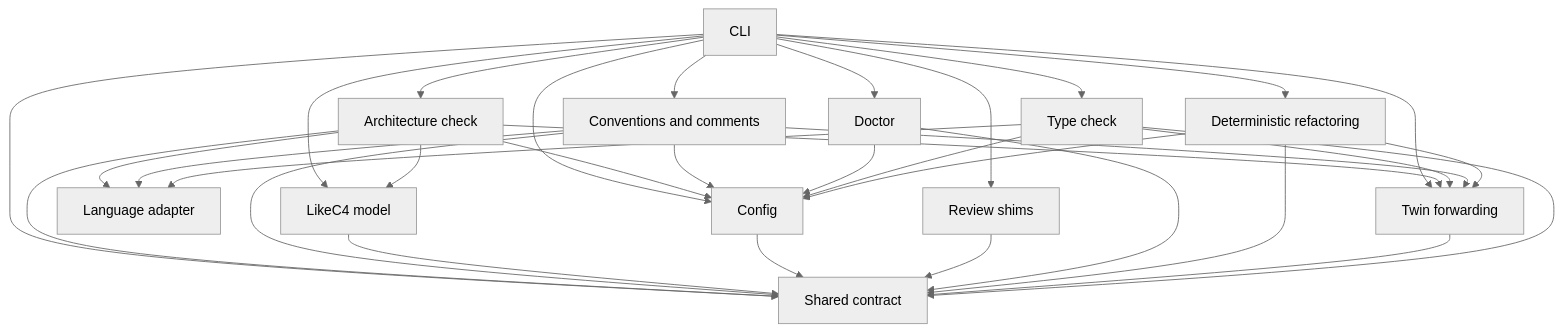
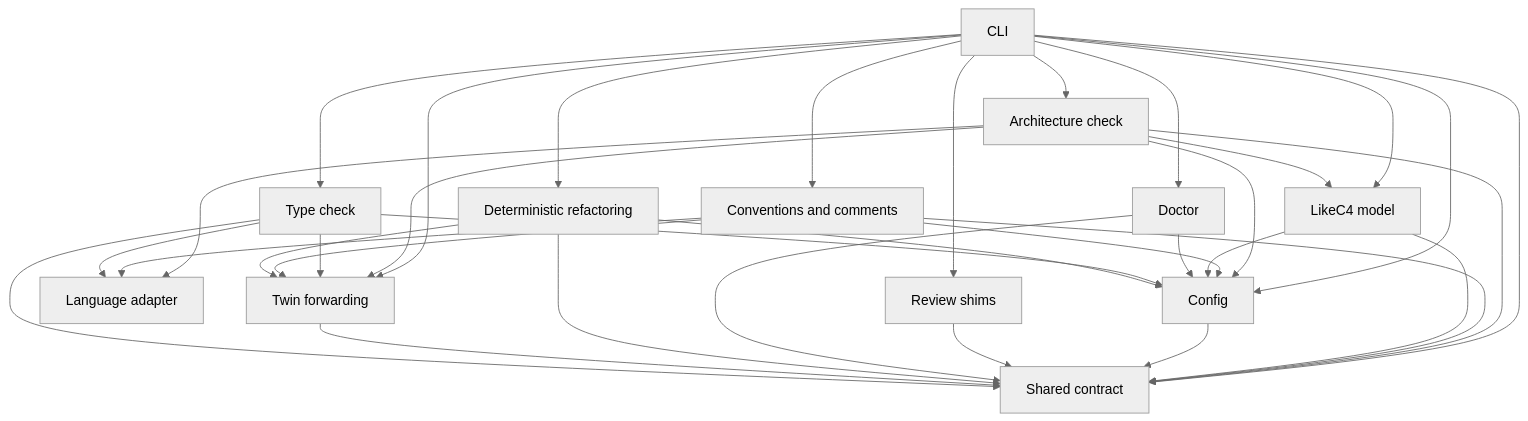
The first of 2 diagrams in architecture/system.arc42.md (MotleyAI/living-architecture), drawn with Mermaid (neutral theme) before and after one commit. The commit also changed other lines of this file and 54 other files, not shown here.

````diff
--- a/architecture/system.arc42.md
+++ b/architecture/system.arc42.md
@@ -13,48 +13,49 @@
 ```mermaid
 flowchart TD
   %% system: Living-architecture commands
   contract["Shared contract"]
   config["Config"]
   cli["CLI"]
   c4["LikeC4 model"]
   archcheck["Architecture check"]
   lang["Language adapter"]
   conventions["Conventions and comments"]
   review["Review shims"]
   doctor["Doctor"]
   refactor["Deterministic refactoring"]
   twin["Twin forwarding"]
   typecheck["Type check"]
   cli --> contract
   cli --> config
   cli --> archcheck
   cli --> c4
   cli --> conventions
   cli --> review
   cli --> doctor
   cli --> refactor
   archcheck --> c4
   archcheck --> lang
   archcheck --> config
   archcheck --> contract
   conventions --> lang
   conventions --> config
   conventions --> contract
   c4 --> contract
+  c4 --> config
   config --> contract
   review --> contract
   doctor --> config
   doctor --> contract
   refactor --> contract
   cli --> twin
   archcheck --> twin
   twin --> contract
   cli --> typecheck
   typecheck --> lang
   typecheck --> config
   typecheck --> contract
   typecheck --> twin
   conventions --> twin
   refactor --> config
   refactor --> twin
 ```
````
